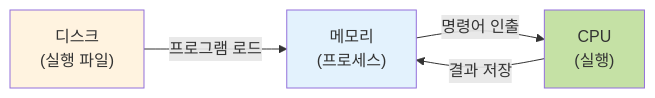
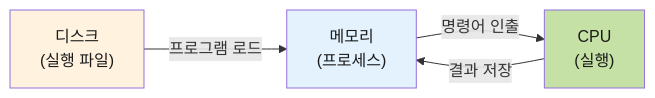
Before and after one commit to Cllaude99/cllaude99_labs: the first of 22 diagrams in apps/devblog/content/posts/operating-system.mdx, drawn with Mermaid. The commit also changed other lines of this file, not shown here.

First line of the commit message:
fix: 다크 모드에서 머메이드 다이어그램의 텍스트 색상 추가

````diff
--- a/apps/devblog/content/posts/operating-system.mdx
+++ b/apps/devblog/content/posts/operating-system.mdx
@@ -17,10 +17,10 @@
 ```mermaid
 graph LR
     A["디스크<br/>(실행 파일)"] -->|프로그램 로드| B["메모리<br/>(프로세스)"]
     B -->|명령어 인출| C["CPU<br/>(실행)"]
     C -->|결과 저장| B
 
-    style A fill:#fff3e0
-    style B fill:#e3f2fd
-    style C fill:#c5e1a5
+    style A fill:#fff3e0,color:#1a1a1a
+    style B fill:#e3f2fd,color:#1a1a1a
+    style C fill:#c5e1a5,color:#1a1a1a
 ```
````
